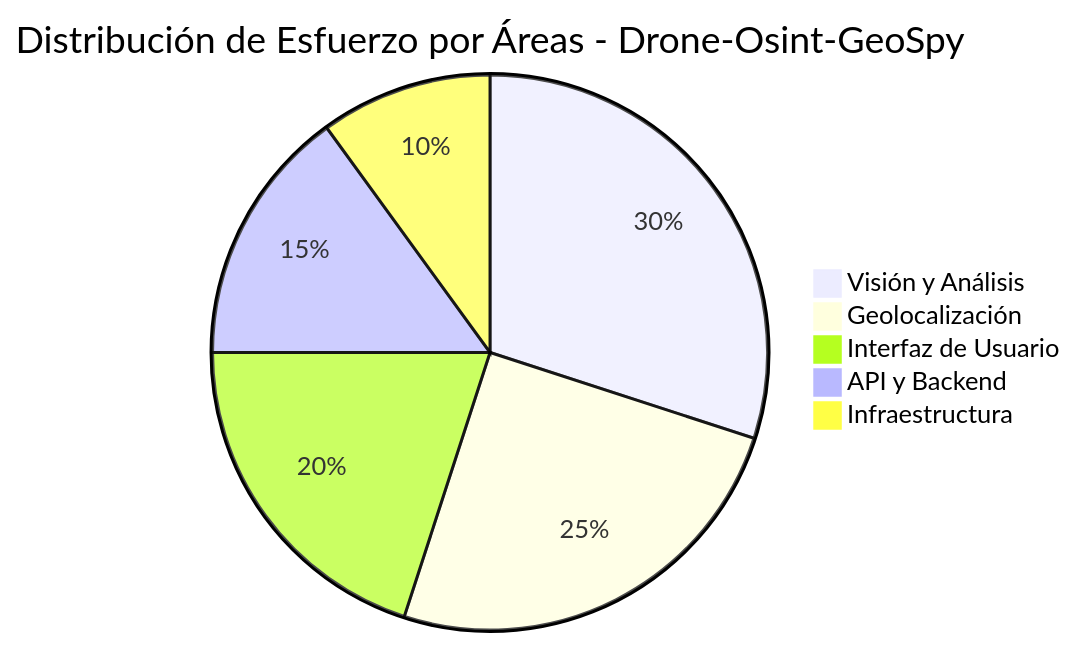
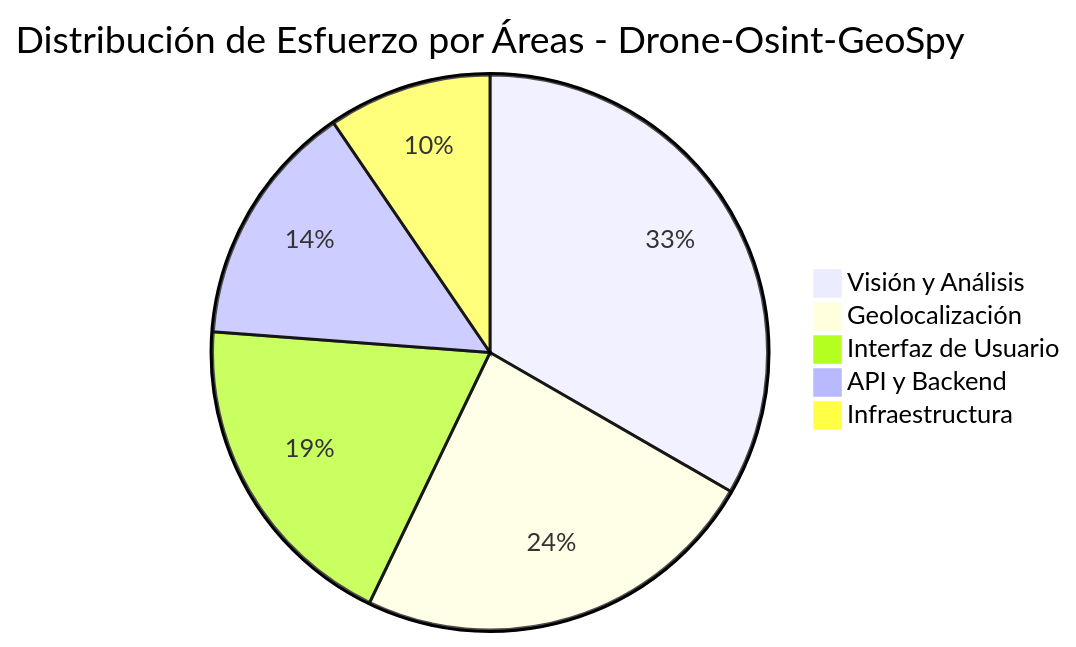
The diagram in jira-files/visualization/mermaid_pie.md (infantesromeroadrian/LLM-Vision-Geo-Analizer), drawn with Mermaid before and after one commit. The commit also changed 561 other files, not shown here.

````diff
--- a/jira-files/visualization/mermaid_pie.md
+++ b/jira-files/visualization/mermaid_pie.md
@@ -1,9 +1,9 @@
 ```mermaid
 pie
     title Distribución de Esfuerzo por Áreas - Drone-Osint-GeoSpy
-    "Visión y Análisis" : 30
+    "Visión y Análisis" : 35
     "Geolocalización" : 25
     "Interfaz de Usuario" : 20
     "API y Backend" : 15
     "Infraestructura" : 10
 ``` 
````
